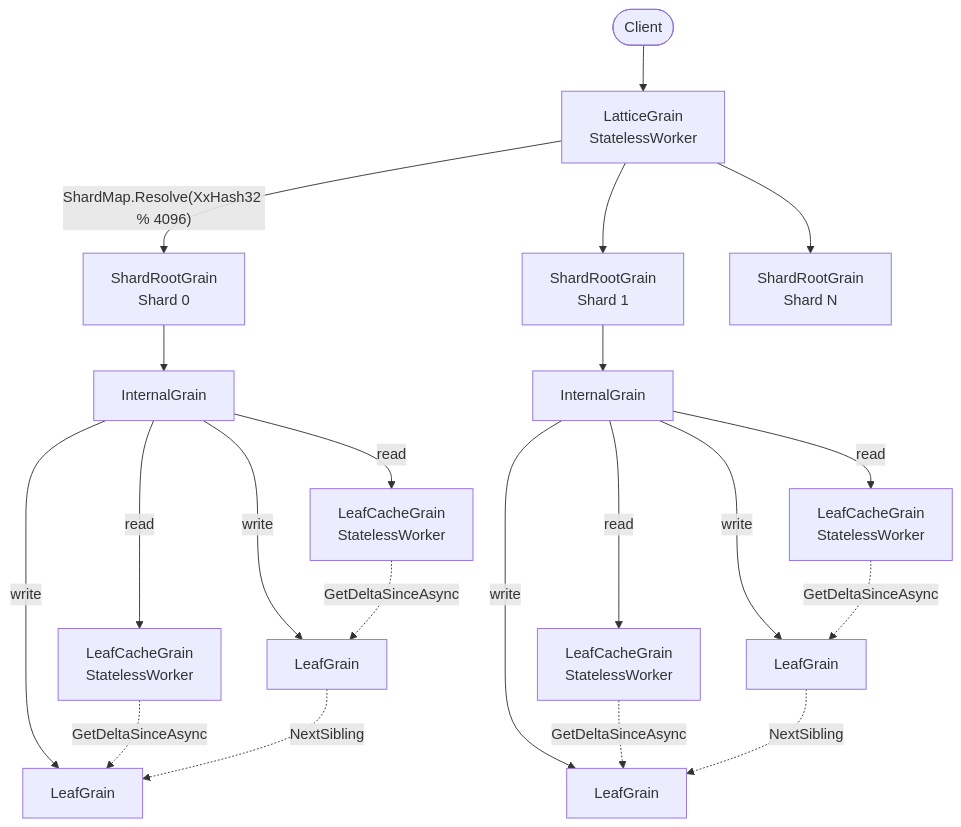
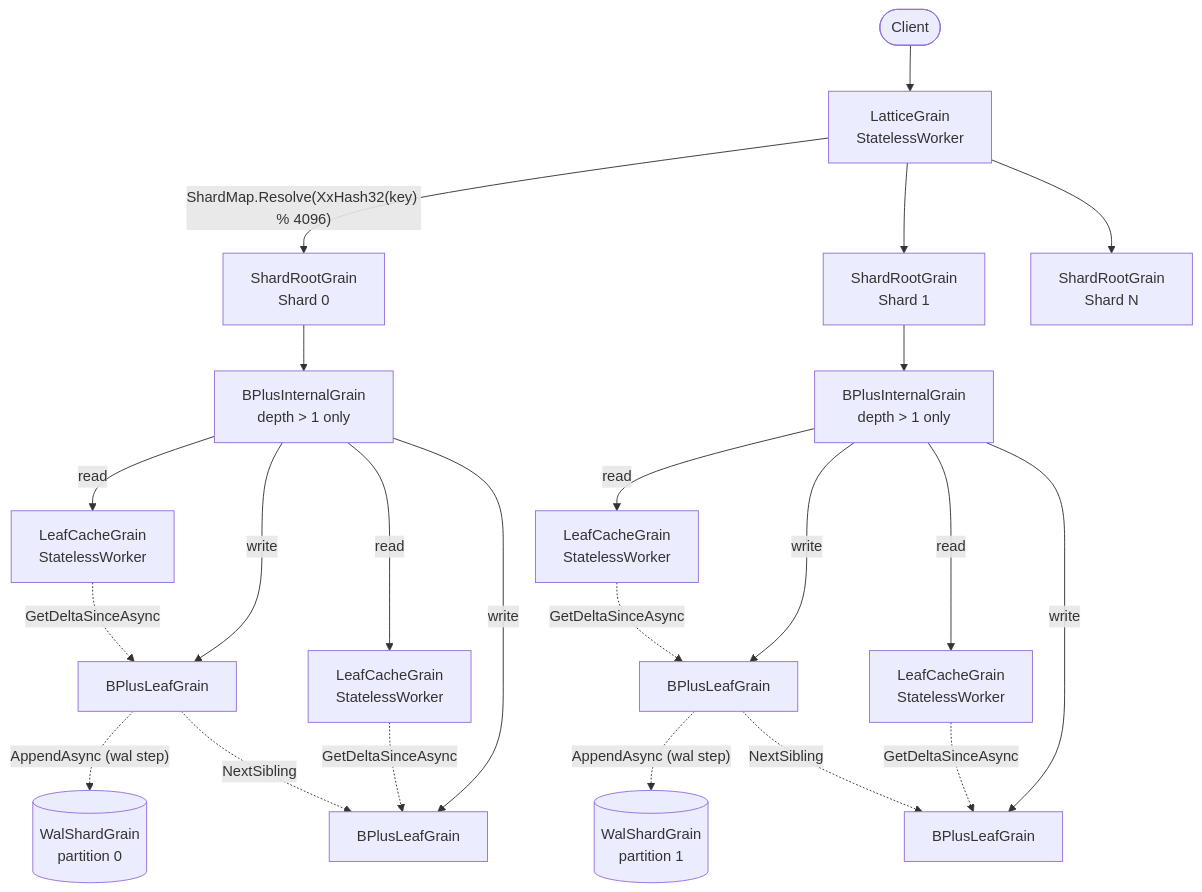
Before and after one commit to NSTA1/Orleans.Lattice: the first of 4 diagrams in docs/lattice/architecture.md, drawn with Mermaid. The commit also changed other lines of this file and 21 other files, not shown here.

````diff
--- a/docs/lattice/architecture.md
+++ b/docs/lattice/architecture.md
@@ -7,39 +7,43 @@
 ```mermaid
 flowchart TD
     Client([Client])
     SR[LatticeGrain<br/>StatelessWorker]
     S0[ShardRootGrain<br/>Shard 0]
     S1[ShardRootGrain<br/>Shard 1]
     SN[ShardRootGrain<br/>Shard N]
-    I0[InternalGrain]
-    I1[InternalGrain]
+    I0[BPlusInternalGrain<br/>depth > 1 only]
+    I1[BPlusInternalGrain<br/>depth > 1 only]
     C0[LeafCacheGrain<br/>StatelessWorker]
     C1[LeafCacheGrain<br/>StatelessWorker]
     C2[LeafCacheGrain<br/>StatelessWorker]
     C3[LeafCacheGrain<br/>StatelessWorker]
-    L0[LeafGrain]
-    L1[LeafGrain]
-    L2[LeafGrain]
-    L3[LeafGrain]
+    L0[BPlusLeafGrain]
+    L1[BPlusLeafGrain]
+    L2[BPlusLeafGrain]
+    L3[BPlusLeafGrain]
+    W0[(WalShardGrain<br/>partition 0)]
+    W1[(WalShardGrain<br/>partition 1)]
 
     Client --> SR
-    SR -->|"ShardMap.Resolve(XxHash32 % 4096)"| S0
+    SR -->|"ShardMap.Resolve(XxHash32(key) % 4096)"| S0
     SR --> S1
     SR --> SN
     S0 --> I0
     S1 --> I1
     I0 -->|read| C0
     I0 -->|read| C1
     I1 -->|read| C2
     I1 -->|read| C3
     I0 -->|write| L0
     I0 -->|write| L1
     I1 -->|write| L2
     I1 -->|write| L3
+    L0 -. "AppendAsync (wal step)" .-> W0
+    L2 -. "AppendAsync (wal step)" .-> W1
     C0 -.->|"GetDeltaSinceAsync"| L0
     C1 -.->|"GetDeltaSinceAsync"| L1
     C2 -.->|"GetDeltaSinceAsync"| L2
     C3 -.->|"GetDeltaSinceAsync"| L3
     L0 -. "NextSibling" .-> L1
     L2 -. "NextSibling" .-> L3
 ```
````
